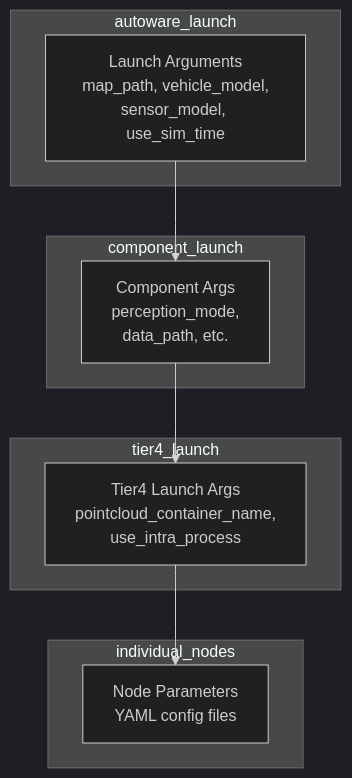
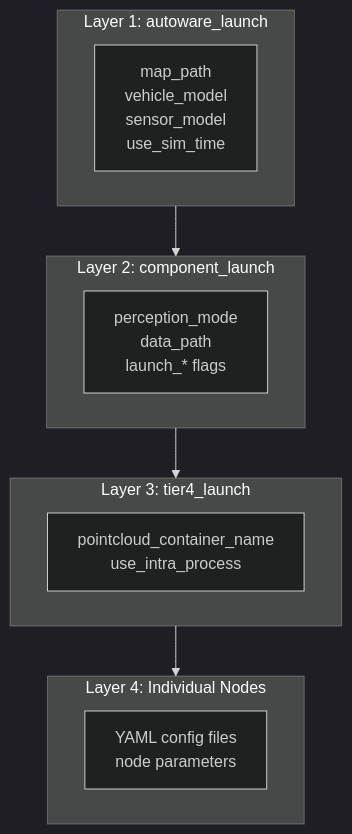
Before and after one commit to youtalk/autoware_universe: diagram 20 of 20 in docs/launch-architecture.md, drawn with Mermaid (dark theme). The commit also changed other lines of this file, not shown here.

````diff
--- a/docs/launch-architecture.md
+++ b/docs/launch-architecture.md
@@ -488,22 +505,20 @@
 ```mermaid
-flowchart TB
-    subgraph autoware_launch
-        A_ARGS[Launch Arguments<br/>map_path, vehicle_model,<br/>sensor_model, use_sim_time]
+graph TB
+    subgraph L1["Layer 1: autoware_launch"]
+        A1["map_path<br/>vehicle_model<br/>sensor_model<br/>use_sim_time"]
     end
 
-    subgraph component_launch
-        C_ARGS[Component Args<br/>perception_mode,<br/>data_path, etc.]
+    subgraph L2["Layer 2: component_launch"]
+        A2["perception_mode<br/>data_path<br/>launch_* flags"]
     end
 
-    subgraph tier4_launch
-        T_ARGS[Tier4 Launch Args<br/>pointcloud_container_name,<br/>use_intra_process]
+    subgraph L3["Layer 3: tier4_launch"]
+        A3["pointcloud_container_name<br/>use_intra_process"]
     end
 
-    subgraph individual_nodes
-        N_ARGS[Node Parameters<br/>YAML config files]
+    subgraph L4["Layer 4: Individual Nodes"]
+        A4["YAML config files<br/>node parameters"]
     end
 
-    A_ARGS --> C_ARGS
-    C_ARGS --> T_ARGS
-    T_ARGS --> N_ARGS
+    L1 --> L2 --> L3 --> L4
 ```
````
